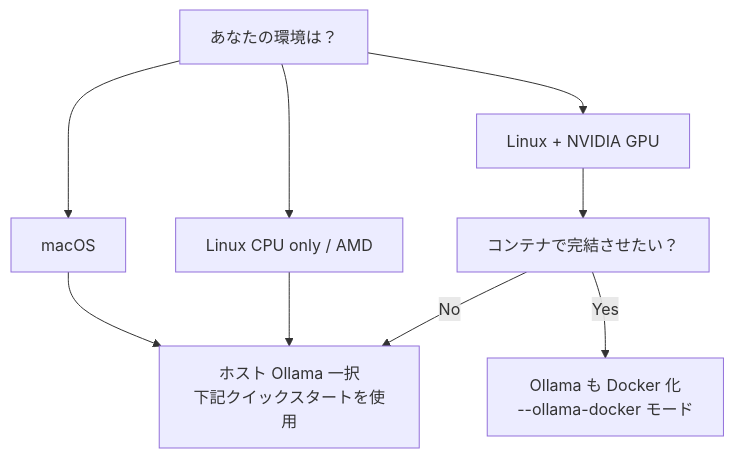
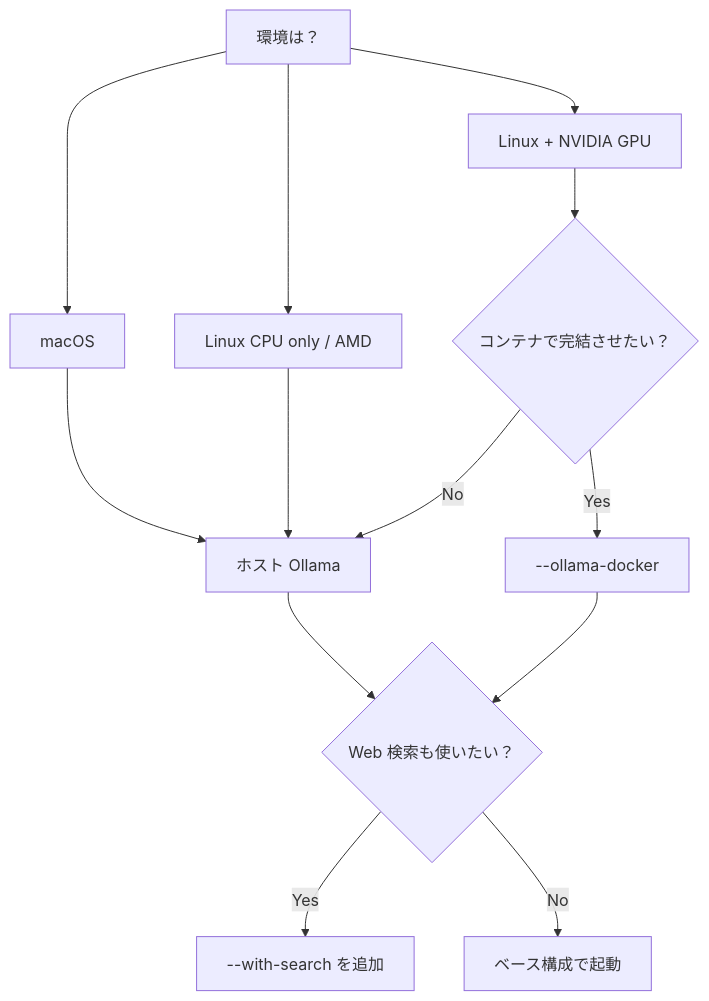
One commit to zephel01/hermes-docker-ollama-template changed the second of 2 diagrams in README.md. Above: the diagram before and after it, drawn with Mermaid. The commit also changed other lines of this file and 18 other files, not shown here.

````diff
--- a/README.md
+++ b/README.md
@@ -92,11 +100,15 @@
 ```mermaid
 flowchart TD
-    A[あなたの環境は？] --> B[macOS]
+    A[環境は？] --> B[macOS]
     A --> C[Linux + NVIDIA GPU]
     A --> D[Linux CPU only / AMD]
-    B --> E[ホスト Ollama 一択<br/>下記クイックスタートを使用]
-    C --> F[コンテナで完結させたい？]
+    B --> E[ホスト Ollama]
+    C --> F{コンテナで完結させたい？}
     D --> E
-    F -->|Yes| G[Ollama も Docker 化<br/>--ollama-docker モード]
+    F -->|Yes| G[--ollama-docker]
     F -->|No| E
+    E --> H{Web 検索も使いたい？}
+    G --> H
+    H -->|Yes| I[--with-search を追加]
+    H -->|No| J[ベース構成で起動]
 ```
````
